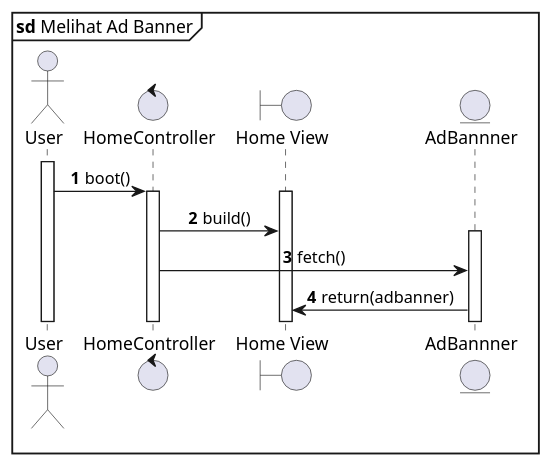
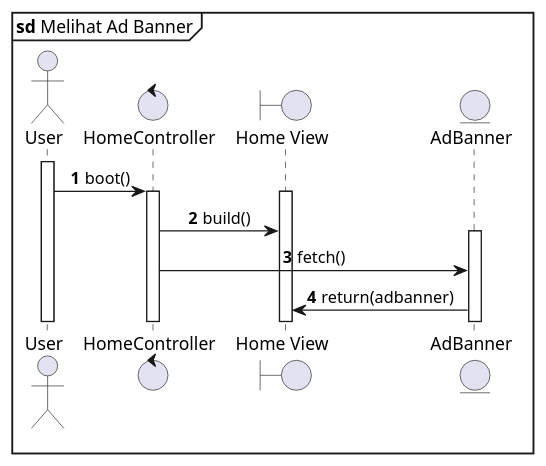
The diagram in mobile/Ad Banner/see-adbanner.pu (MF-Rozi/wisata-bumnag-TA), drawn with PlantUML before and after one commit.

Commit message:
fix: fix typo in ad-banner

```diff
--- a/mobile/Ad Banner/see-adbanner.pu
+++ b/mobile/Ad Banner/see-adbanner.pu
@@ -1,20 +1,20 @@
 @startuml Lihat Ad Banner
 mainframe **sd** Melihat Ad Banner
 actor "User" as User
 control HomeController 
 boundary "Home View" as HomeView
-entity AdBannner as AdBannerModel
+entity AdBanner as AdBannerModel
 
 autonumber
 ' autoactivate on
 skinparam SequenceMessageAlignment center
 activate User
 User->HomeController : boot()
 activate HomeController
 activate HomeView
 HomeController->HomeView: build()
 activate AdBannerModel
 HomeController->AdBannerModel : fetch()
 AdBannerModel->HomeView : return(adbanner)
 
 @enduml
```
